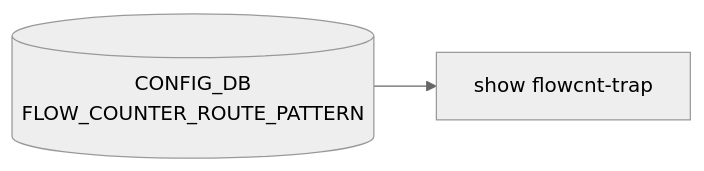
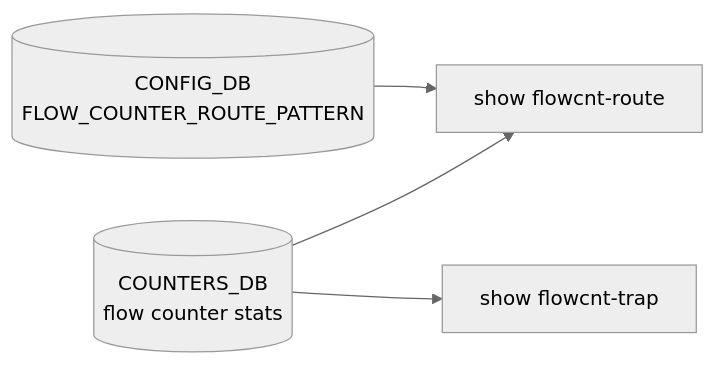
The diagram in docs/reference/cli/show-flowcnt.md (aoki-taquan/sonic-unofficial-docs), drawn with Mermaid (neutral theme) before and after one commit. The commit also changed 15 other files, not shown here.

````diff
--- a/docs/reference/cli/show-flowcnt.md
+++ b/docs/reference/cli/show-flowcnt.md
@@ -169,6 +169,10 @@
 ```mermaid
 flowchart LR
-  CLI["show flowcnt-trap"]
+  CLI1["show flowcnt-trap"]
+  CLI2["show flowcnt-route"]
   CDB0[("CONFIG_DB<br/>FLOW_COUNTER_ROUTE_PATTERN")]
-  CDB0 --> CLI
+  COUNTERS[("COUNTERS_DB<br/>flow counter stats")]
+  CDB0 --> CLI2
+  COUNTERS --> CLI1
+  COUNTERS --> CLI2
 ```
````
